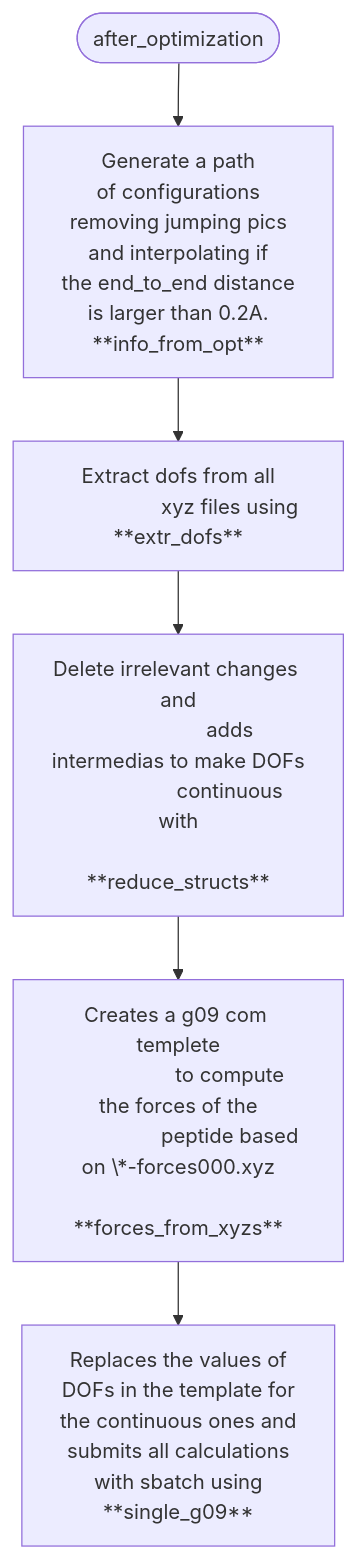
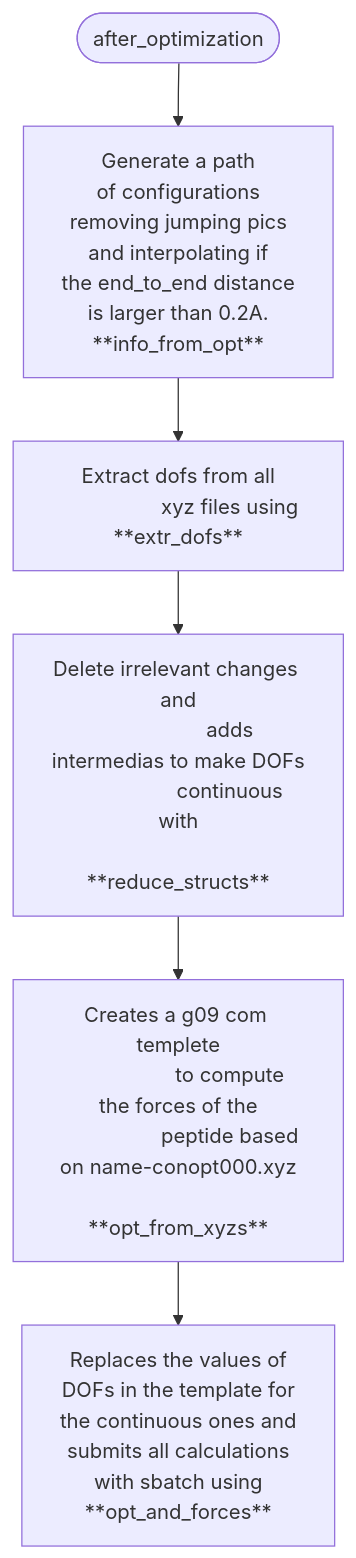
Before and after one commit to Sucerquia/myutils: the first of 2 diagrams in doc/modules/myutils.sith.from_extreme.rst, drawn with Mermaid. The commit also changed other lines of this file and 12 other files, not shown here.

```diff
--- a/doc/modules/myutils.sith.from_extreme.rst
+++ b/doc/modules/myutils.sith.from_extreme.rst
@@ -51,33 +43,33 @@
 .. mermaid::
    :align: center
 
    graph TD
    node1(["after_optimization"])
      node1 --> node2["Generate a path
                       of configurations
                       removing jumping pics
                       and interpolating if
                       the end_to_end distance
                       is larger than 0.2A.
                       **info_from_opt**"]
      click node2 "myutils.sith.from_extreme.html#myutils.sith.from_extreme.info_from_opt.info_from_opt" _self
      node2 --> node3["Extract dofs from all
                       xyz files using **extr_dofs**"]
      click node3 "myutils.sith.from_extreme.html#extr-dofs" _self
      node3 --> node4["Delete irrelevant changes and
                       adds intermedias to make DOFs
                       continuous with
                       **reduce_structs**"]
      click node4 "myutils.sith.from_extreme.html#myutils.sith.from_extreme.info_from_opt.reduce_structs" _self
      node4 --> node5["Creates a g09 com templete
                       to compute the forces of the
-                      peptide based on \*-forces000.xyz
-                      **forces_from_xyzs**"]
-     click node5 "myutils.sith.from_extreme.html#forces-from-xyzs" _self
+                      peptide based on name-conopt000.xyz
+                      **opt_from_xyzs**"]
+     click node5 "myutils.sith.from_extreme.html#opt-from-xyzs" _self
      node5 --> node6["Replaces the values of
                       DOFs in the template for
                       the continuous ones and
                       submits all calculations
                       with sbatch using
-                      **single_g09**"]
-     click node6 "myutils.bash_scripts.html#single-g09" _self
+                      **opt_and_forces**"]
+     click node6 "myutils.sith.from_extreme.html#opt-and-forces" _self
```
